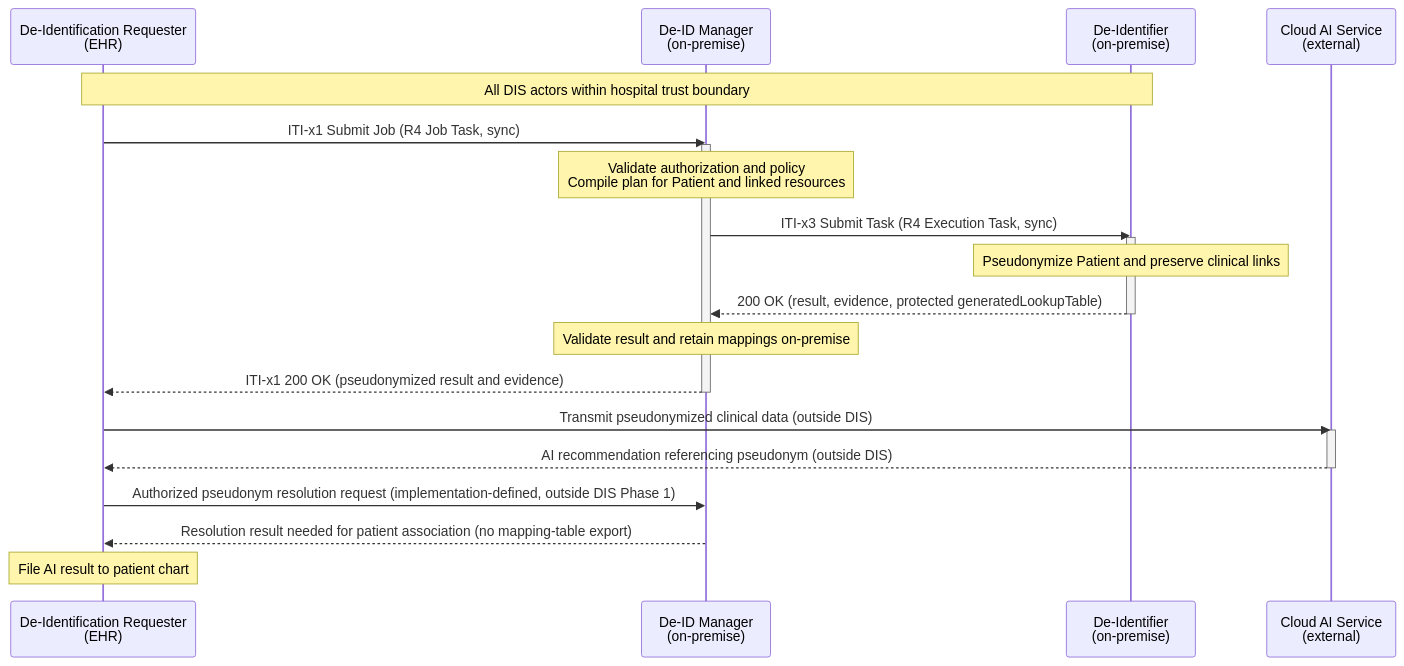
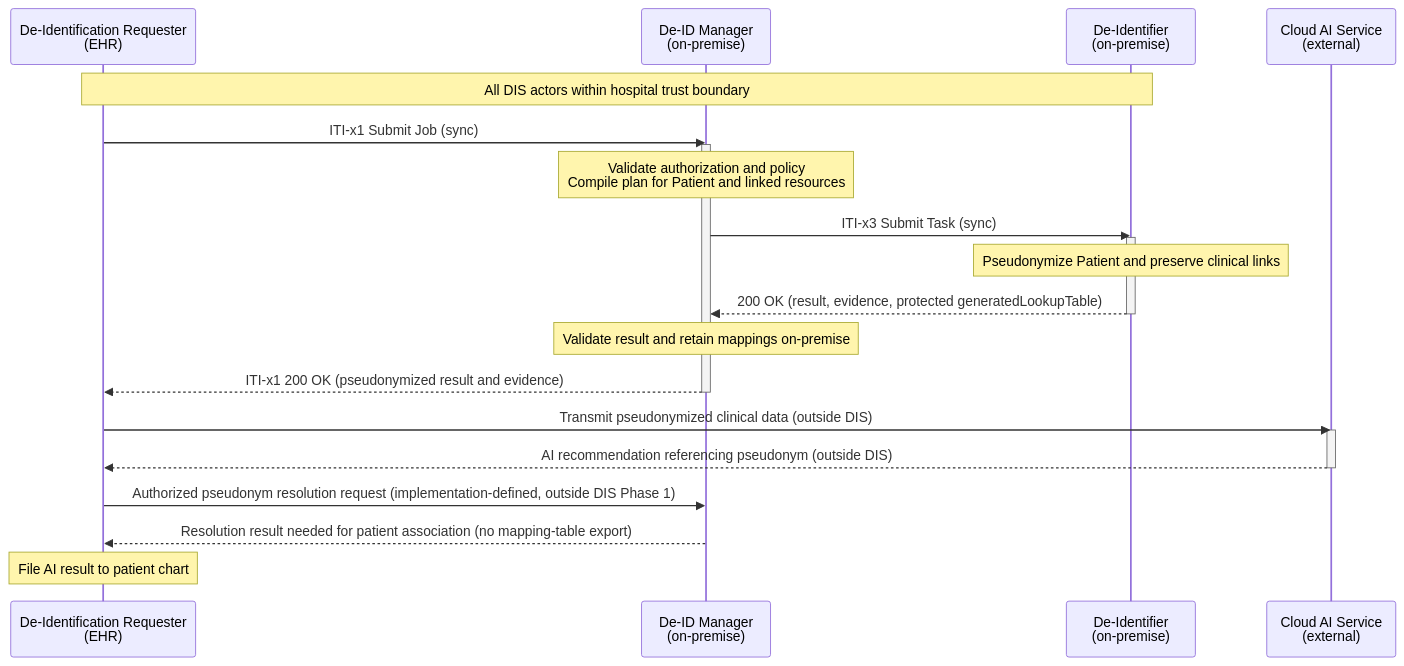
Before and after one commit to IHE/ITI.DIS: the diagram in input/images-source/dis-uc4-cloud-decision-support.mmd, drawn with Mermaid. The commit also changed 13 other files, not shown here.

Commit message:
Use de-identification job and task in workflow prose

```diff
--- a/input/images-source/dis-uc4-cloud-decision-support.mmd
+++ b/input/images-source/dis-uc4-cloud-decision-support.mmd
@@ -1,30 +1,30 @@
 sequenceDiagram
     participant EHR as De-Identification Requester<br/>(EHR)
     participant MGR as De-ID Manager<br/>(on-premise)
     participant DI as De-Identifier<br/>(on-premise)
     participant AI as Cloud AI Service<br/>(external)
 
     Note over EHR,DI: All DIS actors within hospital trust boundary
 
-    EHR->>MGR: ITI-x1 Submit Job (R4 Job Task, sync)
+    EHR->>MGR: ITI-x1 Submit Job (sync)
     activate MGR
     Note over MGR: Validate authorization and policy<br/>Compile plan for Patient and linked resources
 
-    MGR->>DI: ITI-x3 Submit Task (R4 Execution Task, sync)
+    MGR->>DI: ITI-x3 Submit Task (sync)
     activate DI
     Note over DI: Pseudonymize Patient and preserve clinical links
     DI-->>MGR: 200 OK (result, evidence, protected generatedLookupTable)
     deactivate DI
 
     Note over MGR: Validate result and retain mappings on-premise
     MGR-->>EHR: ITI-x1 200 OK (pseudonymized result and evidence)
     deactivate MGR
 
     EHR->>AI: Transmit pseudonymized clinical data (outside DIS)
     activate AI
     AI-->>EHR: AI recommendation referencing pseudonym (outside DIS)
     deactivate AI
 
     EHR->>MGR: Authorized pseudonym resolution request (implementation-defined, outside DIS Phase 1)
     MGR-->>EHR: Resolution result needed for patient association (no mapping-table export)
     Note over EHR: File AI result to patient chart
```
